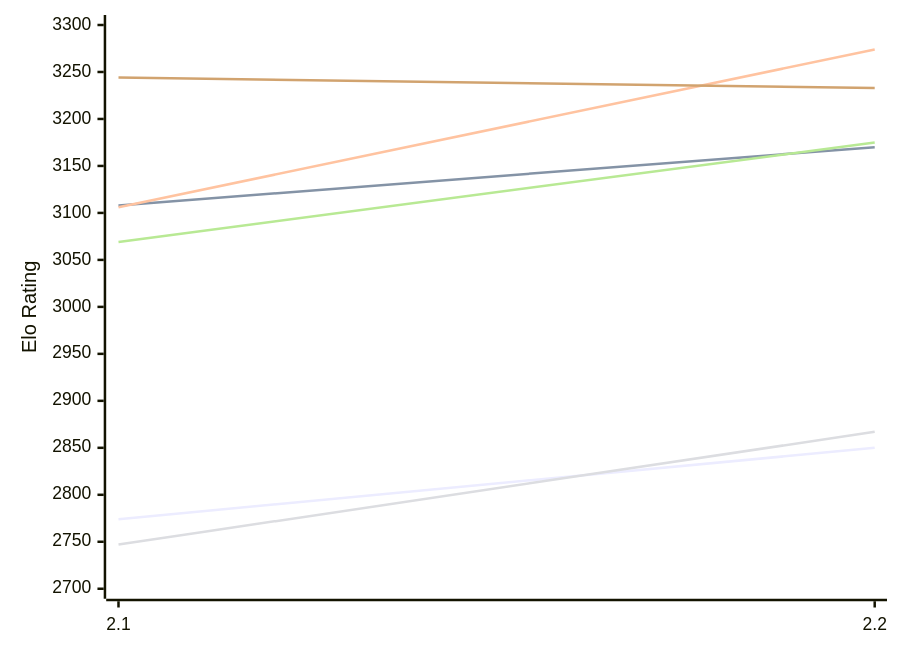
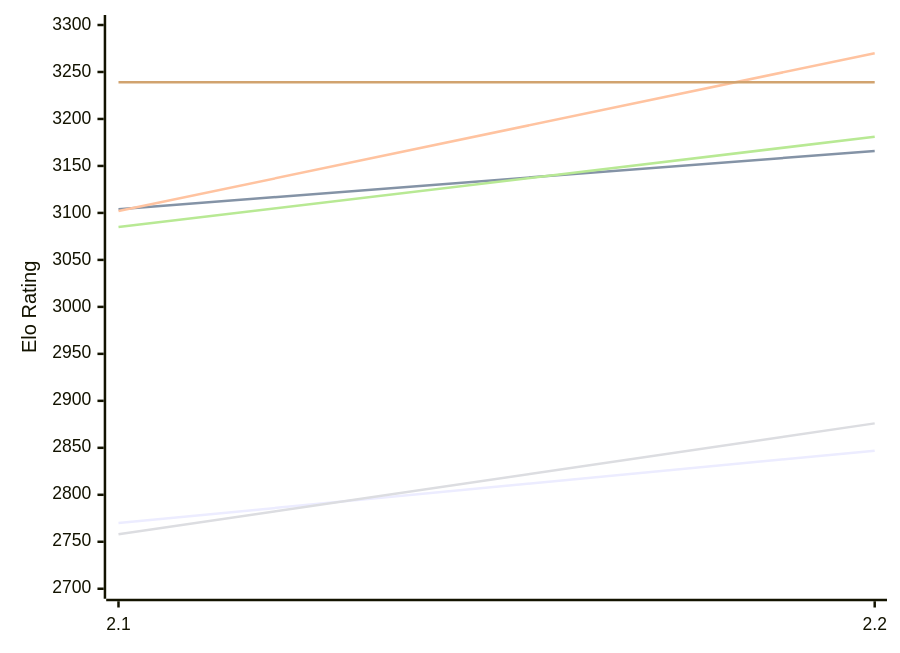
One commit to computer-chess-index/cci changed the first of 2 diagrams in engines/Tunguska.md. Above: the diagram before and after it, drawn with Mermaid. The commit also changed other lines of this file, not shown here.

Commit message:
Update CCI Ratings (ELO VLTC) - 2026-11-21

````diff
--- a/engines/Tunguska.md
+++ b/engines/Tunguska.md
@@ -51,12 +51,12 @@
 ```mermaid
 %%{init: {"theme":"base","themeVariables":{"seriesColors:['#a3a3a3','#222221','#faa371']}}}%%
 xychart-beta
   x-axis ["2.1", "2.2"]
   y-axis "Elo Rating" 2700 --> 3300
-  line "E1: STC (8.0+0.08s)" [2774, 2850]
-  line "E1: LTC (60.0+0.60s)" [3108, 3170]
-  line "E1: VLTC (2m24s+1.12s)" [3106, 3274]
-  line "P1: STC (8.0+0.08s)" [2747, 2867]
-  line "P1: LTC (60.0+0.60s)" [3069, 3175]
-  line "P1: VLTC (2m24s+1.12s)" [3244, 3233]
+  line "E1: STC (8.0+0.08s)" [2770, 2847]
+  line "E1: LTC (60.0+0.60s)" [3104, 3166]
+  line "E1: VLTC (2m24s+1.12s)" [3102, 3270]
+  line "P1: STC (8.0+0.08s)" [2758, 2876]
+  line "P1: LTC (60.0+0.60s)" [3085, 3181]
+  line "P1: VLTC (2m24s+1.12s)" [3239, 3239]
 ```
````
